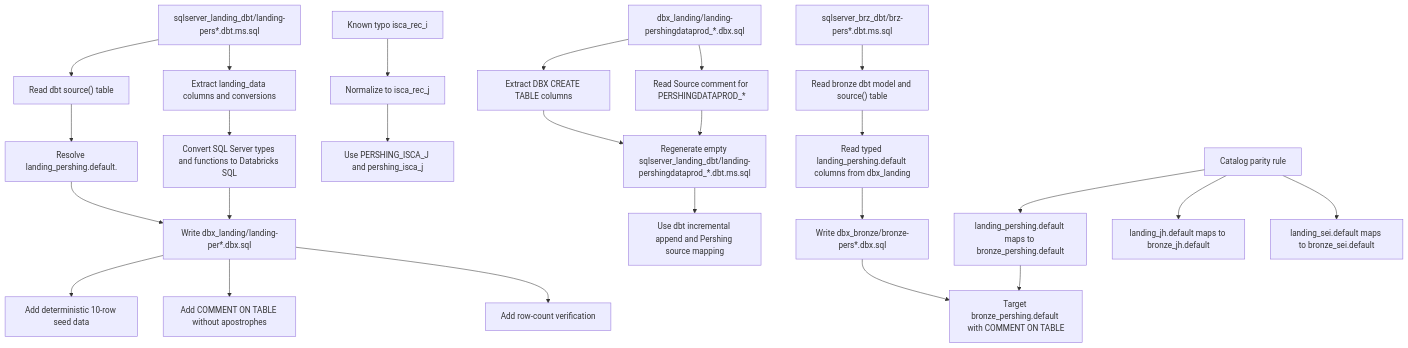
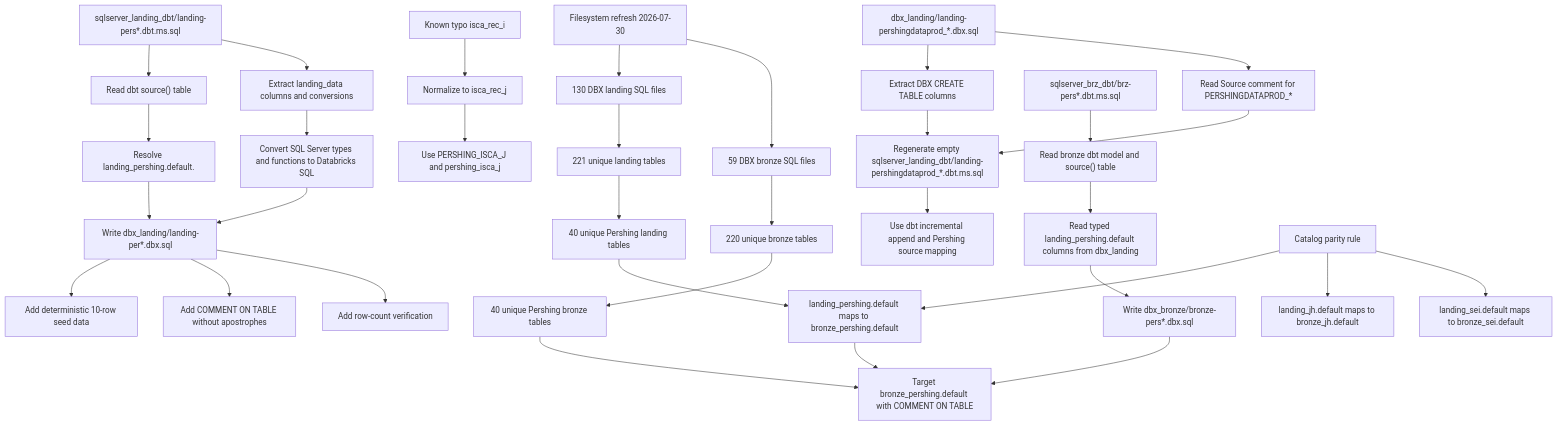
Before and after one commit to enriqueescobar-it/bbank_dw: the first of 2 diagrams in README.md, drawn with Mermaid. The commit also changed other lines of this file and 2 other files, not shown here.

````diff
--- a/README.md
+++ b/README.md
@@ -41,27 +61,35 @@
 ```mermaid
 flowchart TD
+    AA["Filesystem refresh 2026-07-30"] --> AB["130 DBX landing SQL files"]
+    AA --> AC["59 DBX bronze SQL files"]
+    AB --> AD["221 unique landing tables"]
+    AC --> AE["220 unique bronze tables"]
+    AD --> AF["40 unique Pershing landing tables"]
+    AE --> AG["40 unique Pershing bronze tables"]
     A["sqlserver_landing_dbt/landing-pers*.dbt.ms.sql"] --> B["Read dbt source() table"]
     A --> C["Extract landing_data columns and conversions"]
     B --> D["Resolve landing_pershing.default.<source_table>"]
     C --> E["Convert SQL Server types and functions to Databricks SQL"]
     D --> F["Write dbx_landing/landing-per*.dbx.sql"]
     E --> F
     F --> G["Add deterministic 10-row seed data"]
     F --> H["Add COMMENT ON TABLE without apostrophes"]
     F --> I["Add row-count verification"]
     O["Known typo isca_rec_i"] --> P["Normalize to isca_rec_j"]
     P --> Q["Use PERSHING_ISCA_J and pershing_isca_j"]
     J["dbx_landing/landing-pershingdataprod_*.dbx.sql"] --> K["Extract DBX CREATE TABLE columns"]
     J --> L["Read Source comment for PERSHINGDATAPROD_*"]
     K --> M["Regenerate empty sqlserver_landing_dbt/landing-pershingdataprod_*.dbt.ms.sql"]
     L --> M
     M --> N["Use dbt incremental append and Pershing source mapping"]
     R["sqlserver_brz_dbt/brz-pers*.dbt.ms.sql"] --> S["Read bronze dbt model and source() table"]
     S --> T["Read typed landing_pershing.default columns from dbx_landing"]
     T --> U["Write dbx_bronze/bronze-pers*.dbx.sql"]
     U --> V["Target bronze_pershing.default with COMMENT ON TABLE"]
     W["Catalog parity rule"] --> X["landing_pershing.default maps to bronze_pershing.default"]
     W --> Y["landing_jh.default maps to bronze_jh.default"]
     W --> Z["landing_sei.default maps to bronze_sei.default"]
     X --> V
+    AF --> X
+    AG --> V
 ```
````
